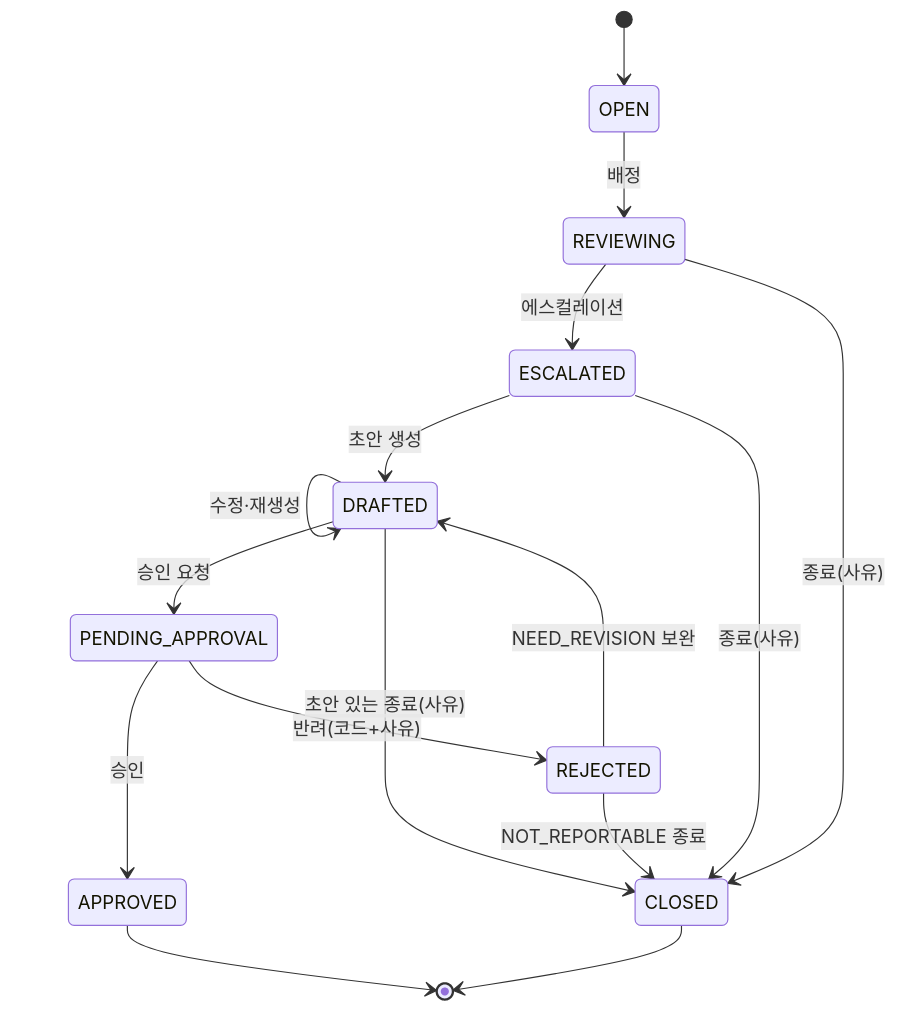
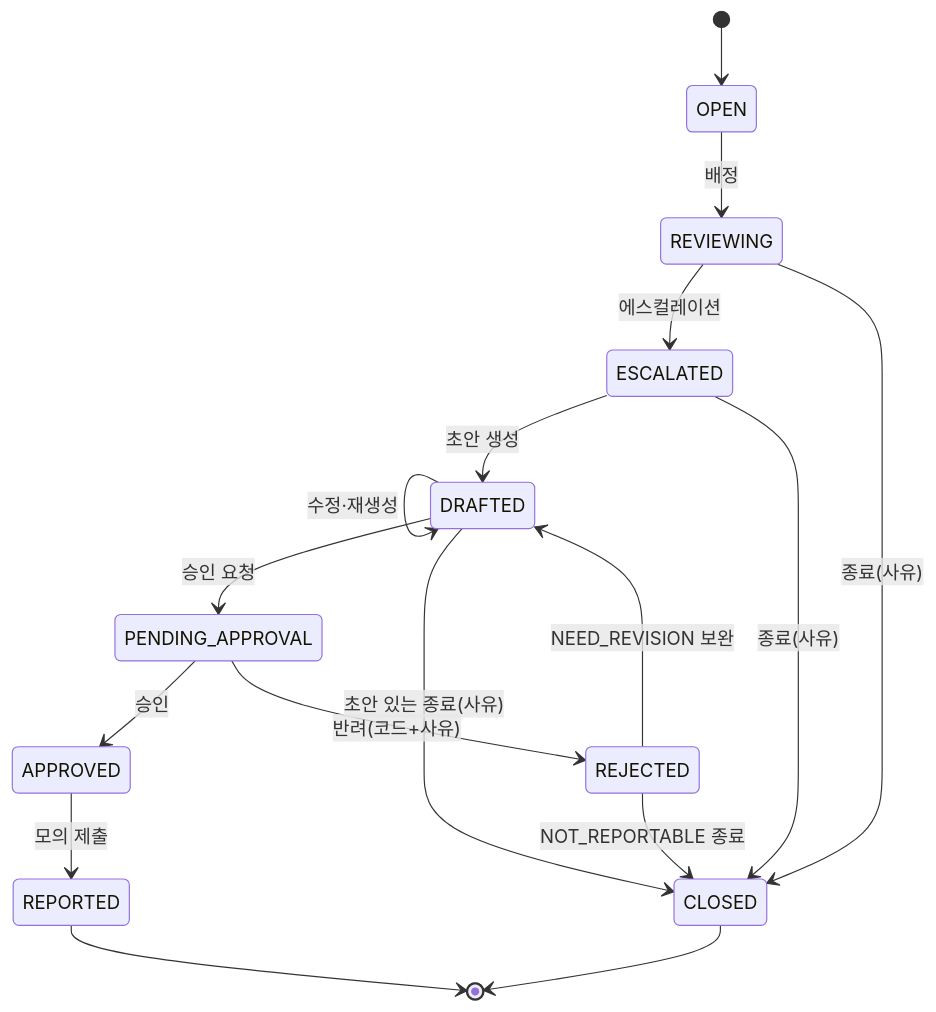
Before and after one commit to dajaba-team/dajaba-frontend: the diagram in docs/06_features/README.md, drawn with Mermaid. The commit also changed other lines of this file, not shown here.

First line of the commit message:
📝 docs: 06_features/README 케이스 상태를 9개로 — APPROVED → REPORTED(모의 제출), 끝 상태 REPORTED·CLOSED (SCRUM-172)

````diff
--- a/docs/06_features/README.md
+++ b/docs/06_features/README.md
@@ -20,18 +20,19 @@
 ```mermaid
 stateDiagram-v2
     [*] --> OPEN
     OPEN --> REVIEWING: 배정
     REVIEWING --> ESCALATED: 에스컬레이션
     REVIEWING --> CLOSED: 종료(사유)
     ESCALATED --> DRAFTED: 초안 생성
     ESCALATED --> CLOSED: 종료(사유)
     DRAFTED --> DRAFTED: 수정·재생성
     DRAFTED --> PENDING_APPROVAL: 승인 요청
     DRAFTED --> CLOSED: 초안 있는 종료(사유)
     PENDING_APPROVAL --> APPROVED: 승인
     PENDING_APPROVAL --> REJECTED: 반려(코드+사유)
     REJECTED --> DRAFTED: NEED_REVISION 보완
     REJECTED --> CLOSED: NOT_REPORTABLE 종료
-    APPROVED --> [*]
+    APPROVED --> REPORTED: 모의 제출
+    REPORTED --> [*]
     CLOSED --> [*]
 ```
````
